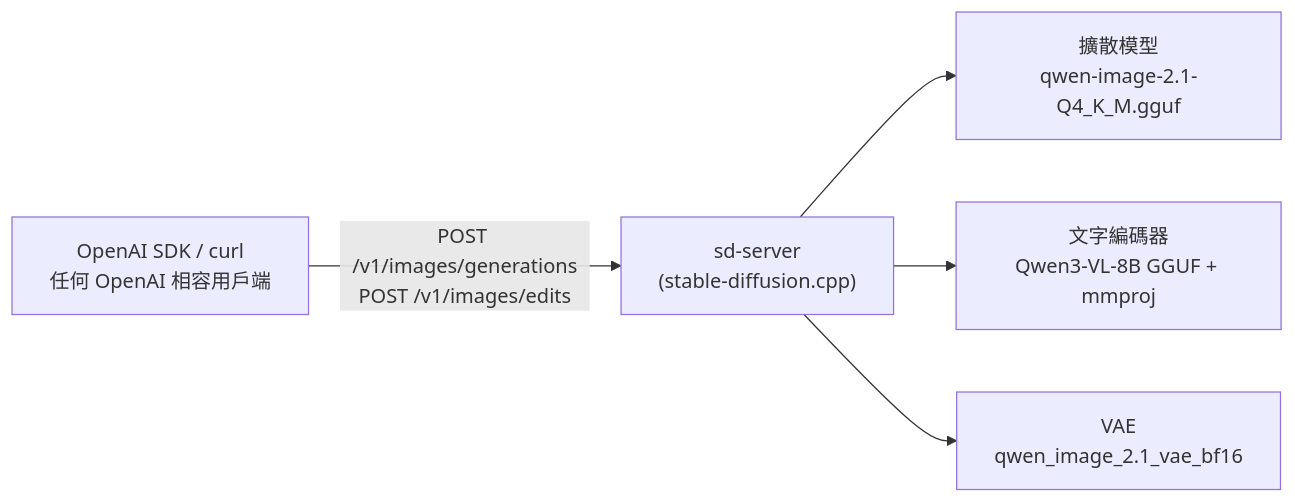
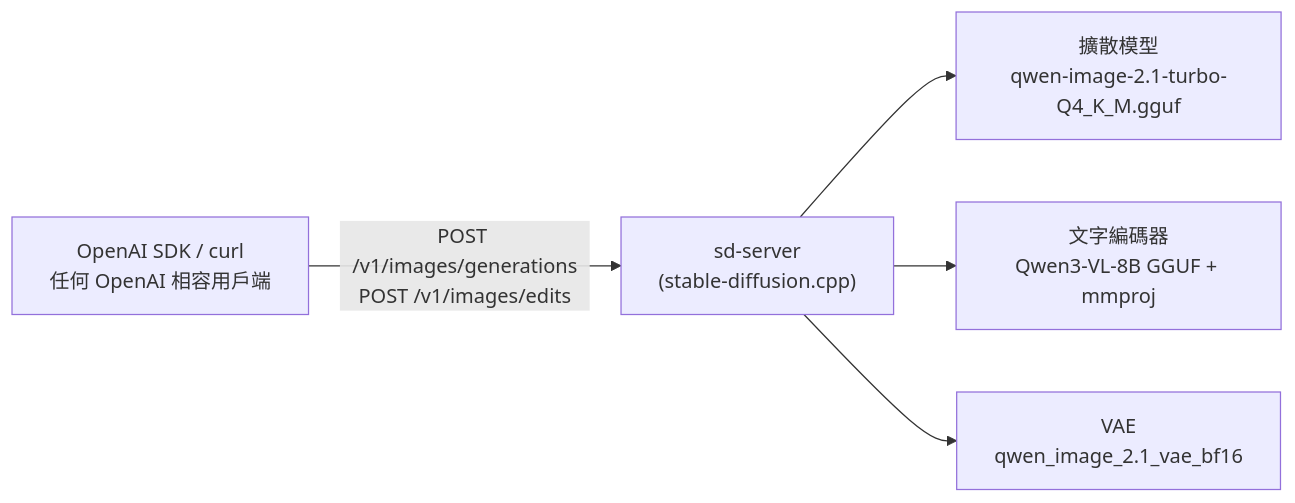
The diagram in README.md (doggy8088/Qwen-Image-2.1-GGUF), drawn with Mermaid before and after one commit. The commit also changed other lines of this file and 3 other files, not shown here.

````diff
--- a/README.md
+++ b/README.md
@@ -27,7 +32,7 @@
 ```mermaid
 flowchart LR
     A["OpenAI SDK / curl<br/>任何 OpenAI 相容用戶端"] -- "POST /v1/images/generations<br/>POST /v1/images/edits" --> B["sd-server<br/>(stable-diffusion.cpp)"]
-    B --> C["擴散模型<br/>qwen-image-2.1-Q4_K_M.gguf"]
+    B --> C["擴散模型<br/>qwen-image-2.1-turbo-Q4_K_M.gguf"]
     B --> D["文字編碼器<br/>Qwen3-VL-8B GGUF + mmproj"]
     B --> E["VAE<br/>qwen_image_2.1_vae_bf16"]
 ```
````
